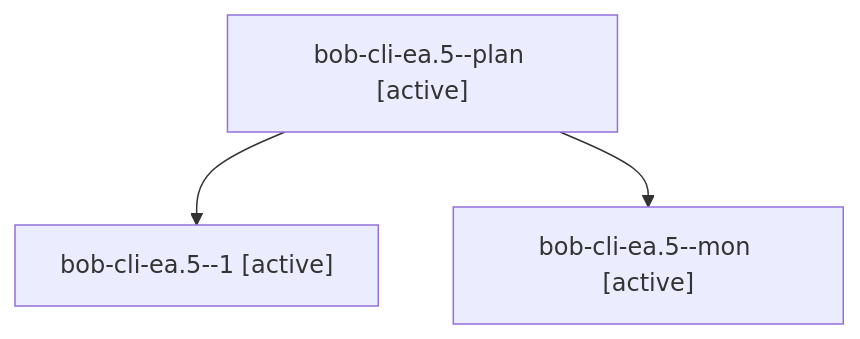
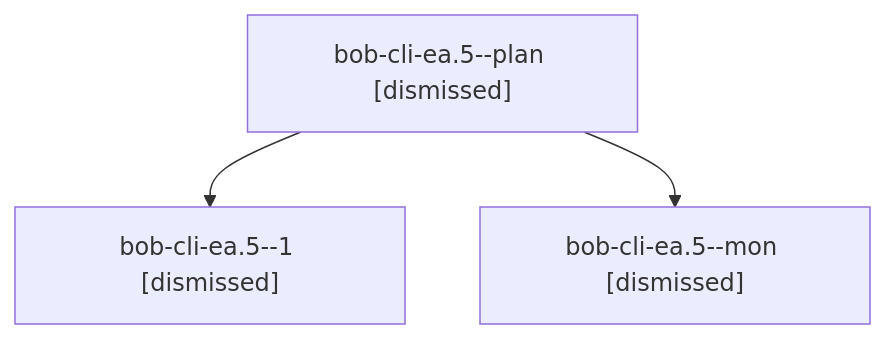
The diagram in sessions/bbugyi200.apollo.bob-cli-ea.5.md (bobs-org/bob-cli--agents), drawn with Mermaid before and after one commit. The commit also changed other lines of this file and 256 other files, not shown here.

````diff
--- a/sessions/bbugyi200.apollo.bob-cli-ea.5.md
+++ b/sessions/bbugyi200.apollo.bob-cli-ea.5.md
@@ -9,8 +9,8 @@
 ```mermaid
 flowchart TD
-  n0["bob-cli-ea.5--plan [active]"]
-  n1["bob-cli-ea.5--1 [active]"]
+  n0["bob-cli-ea.5--plan [dismissed]"]
+  n1["bob-cli-ea.5--1 [dismissed]"]
   n0 --> n1
-  n2["bob-cli-ea.5--mon [active]"]
+  n2["bob-cli-ea.5--mon [dismissed]"]
   n0 --> n2
 ```
````
